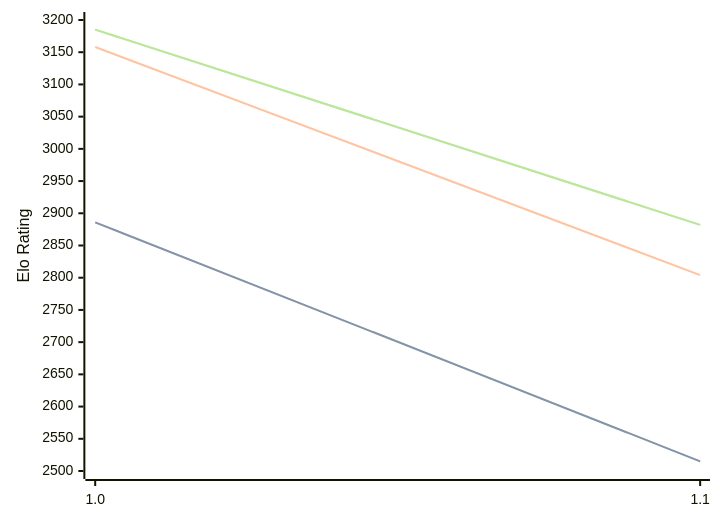
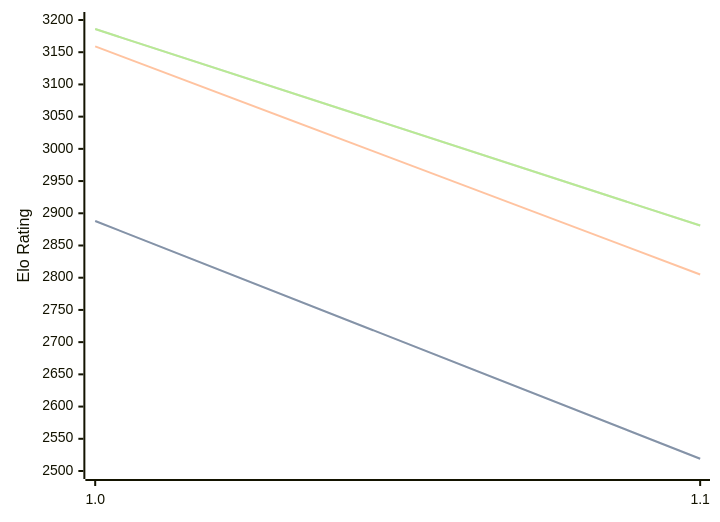
One commit to computer-chess-index/cci changed the diagram in engines/Publius.md. Above: the diagram before and after it, drawn with Mermaid. The commit also changed other lines of this file, not shown here.

Commit message:
Update CCI Ratings (ELO VLTC) - 2026-05-16

````diff
--- a/engines/Publius.md
+++ b/engines/Publius.md
@@ -32,11 +32,11 @@
 ```mermaid
 %%{init: {"theme":"base","themeVariables":{"seriesColors:['#a3a3a3','#222221','#faa371']}}}%%
 xychart-beta
   x-axis ["1.0", "1.1"]
   y-axis "Elo Rating" 2500 --> 3200
-  line "STC (8.0+0.08s)" [2886, 2515]
-  line "STC (8.0+0.08s)" [2886, 2515]
-  line "LTC (60.0+0.60s)" [3158, 2804]
-  line "VLTC (2m24s+1.12s)" [3185, 2882]
-  line "VLTC (2m24s+1.12s)" [3185, 2882]
+  line "STC (8.0+0.08s)" [2888, 2519]
+  line "STC (8.0+0.08s)" [2888, 2519]
+  line "LTC (60.0+0.60s)" [3159, 2805]
+  line "VLTC (2m24s+1.12s)" [3186, 2881]
+  line "VLTC (2m24s+1.12s)" [3186, 2881]
 ```
````
